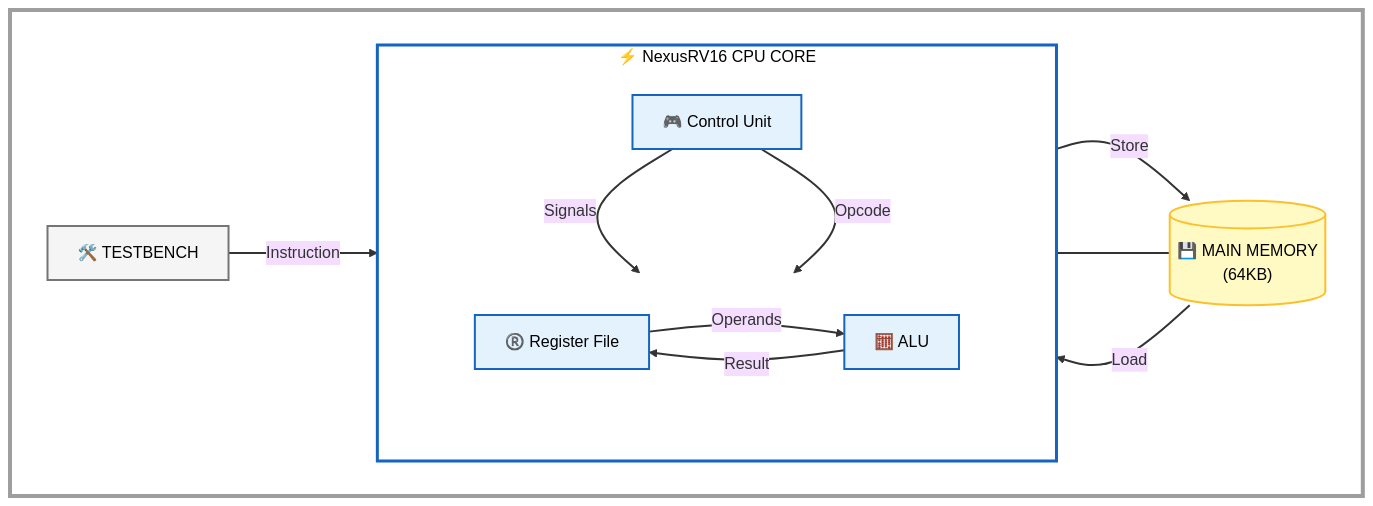
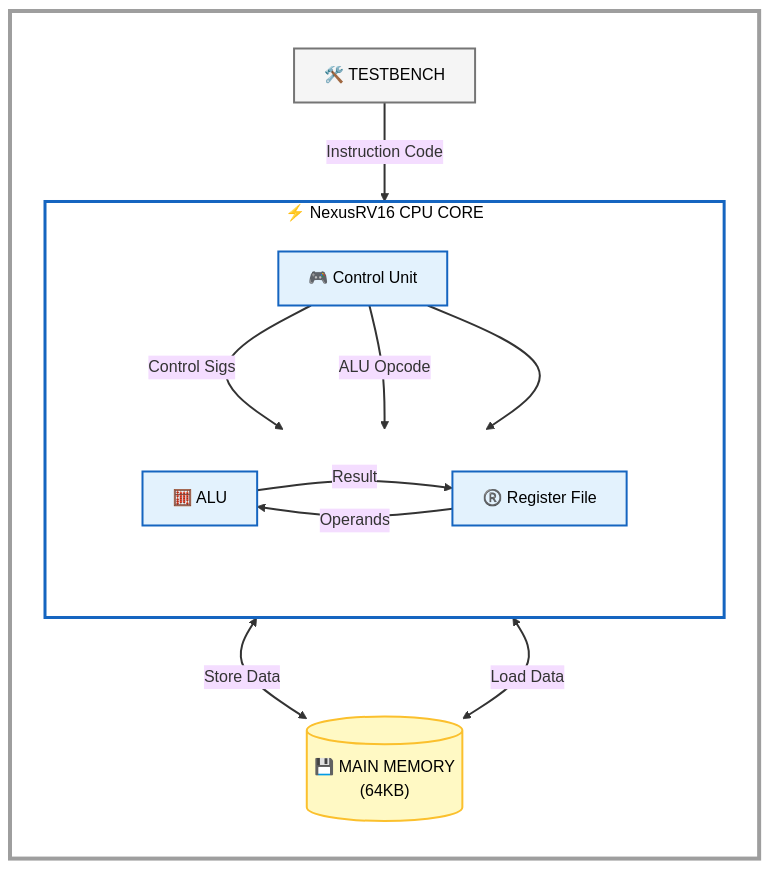
The diagram in README.md (musakartalengin/NexusRV16), drawn with Mermaid (base theme) before and after one commit.

Commit message:
Optimize diagram flow to TB layout for clean lines

````diff
--- a/README.md
+++ b/README.md
@@ -15,80 +15,72 @@
 ```mermaid
-graph LR
+graph TB
     %% =========================================================
     %% TEMA VE STİL AYARLARI 
     %% =========================================================
     linkStyle default interpolate basis stroke:#333333,stroke-width:2px;
 
     %% BEYAZ TUVAL KAPSAYICISI
     subgraph CANVAS [ <br/> ]
-        direction LR
+        direction TB
 
         %% 🎨 RENK PALETİ
         classDef canvas fill:#ffffff,stroke:#333333,stroke-width:2px;
         classDef block fill:#e3f2fd,stroke:#1565c0,stroke-width:2px,color:#000000;
         classDef memory fill:#fff9c4,stroke:#fbc02d,stroke-width:2px,color:#000000;
         classDef external fill:#f5f5f5,stroke:#757575,stroke-width:2px,color:#000000;
         
-        %% Label Stili: Arka planı beyaz yapma hack'i
-        classDef labelStyle color:#333,fill:#fff,stroke:#ccc;
-
         %% =====================================================
-        %% 1. SOL: TEST ORTAMI
+        %% 1. EN ÜST KATMAN: GİRİŞ
         %% =====================================================
         TB["🛠️ TESTBENCH"]:::external
 
         %% =====================================================
-        %% 2. ORTA: PROCESOR ÇEKİRDEĞİ
+        %% 2. ORTA KATMAN: CPU CORE
         %% =====================================================
         subgraph CPU_FRAME [⚡ NexusRV16 CPU CORE]
             direction TB
             
             CTRL["🎮 Control Unit"]:::block
             
-            subgraph DP_LAYER [ ]
+            subgraph DATA_PATH [ ]
                 direction LR
+                ALU["🧮 ALU"]:::block
                 REGS["®️ Register File"]:::block
-                ALU["🧮 ALU"]:::block
             end
             
-            %% Hiyerarşi
-            CTRL
-            DP_LAYER
+            %% Hiyerarşik Bağlar
+            CTRL --> DATA_PATH
         end
 
         %% =====================================================
-        %% 3. SAĞ: BELLEK (Register File ile aynı hizada)
+        %% 3. ALT KATMAN: BELLEK
         %% =====================================================
         RAM[("💾 MAIN MEMORY<br/>(64KB)")]:::memory
 
         %% =====================================================
-        %% BAĞLANTILAR
+        %% BAĞLANTILAR (Yukarıdan Aşağıya Akış)
         %% =====================================================
         
         %% Testbench -> Control
-        TB == "Instruction" ==> CTRL
+        TB == "Instruction Code" ==> CTRL
 
-        %% Control -> Diğerleri
-        CTRL -- "Signals" --> REGS
-        CTRL -- "Opcode" --> ALU
-        
-        %% Veri Yolu (Register <-> ALU)
+        %% Control -> Data Path
+        CTRL -- "Control Sigs" --> REGS
+        CTRL -- "ALU Opcode" --> ALU
+
+        %% ALU <-> Regs Döngüsü
         REGS -- "Operands" --> ALU
         ALU -- "Result" --> REGS
 
-        %% RAM Etkileşimi (Register <-> RAM)
-        %% Okların birbirini ezmemesi için farklı yönler
-        REGS ==>|Store| RAM
-        RAM ==>|Load| REGS
-
-        %% Hizalama: RAM'i DP_LAYER ile aynı seviyeye çek
-        DP_LAYER ~~~ RAM
+        %% CPU <-> RAM (Daha temiz hatlar)
+        REGS <== "Store Data" ==> RAM
+        RAM <== "Load Data" ==> REGS
 
     end
     
     %% STİL
     style CANVAS fill:#ffffff,stroke:#9e9e9e,stroke-width:4px
     style CPU_FRAME fill:#ffffff,stroke:#1565c0,stroke-width:3px,color:#000000
-    style DP_LAYER fill:none,stroke:none
+    style DATA_PATH fill:none,stroke:none
 
 ```
````
